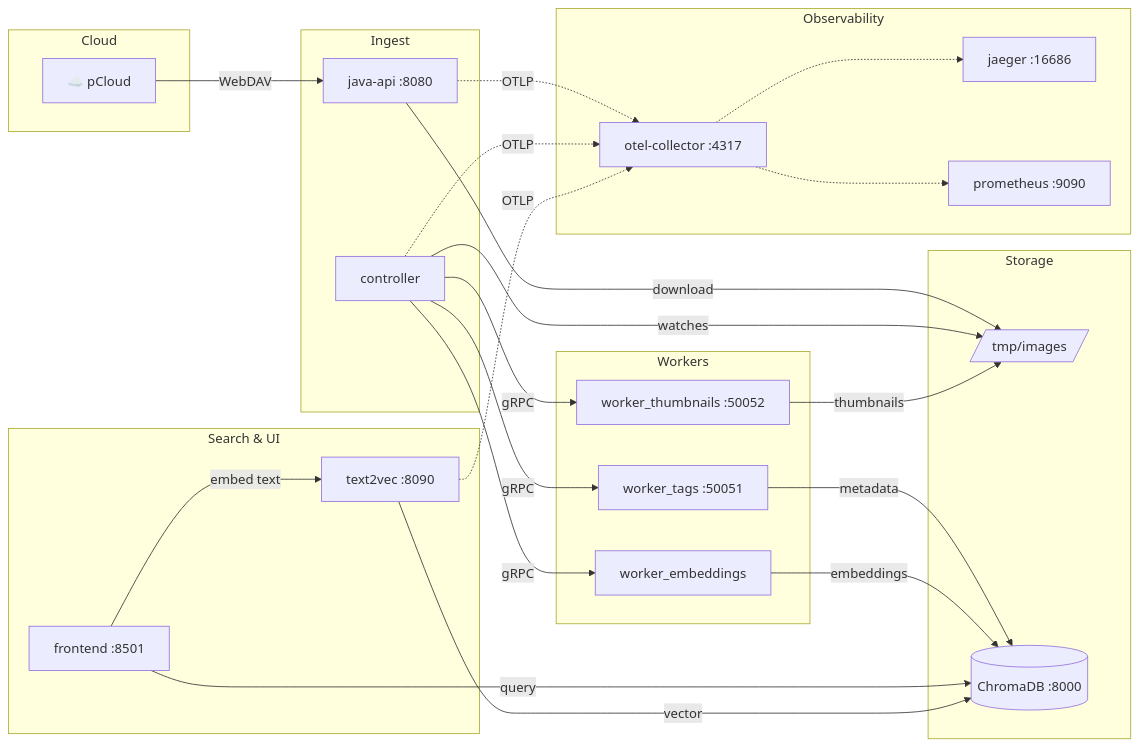
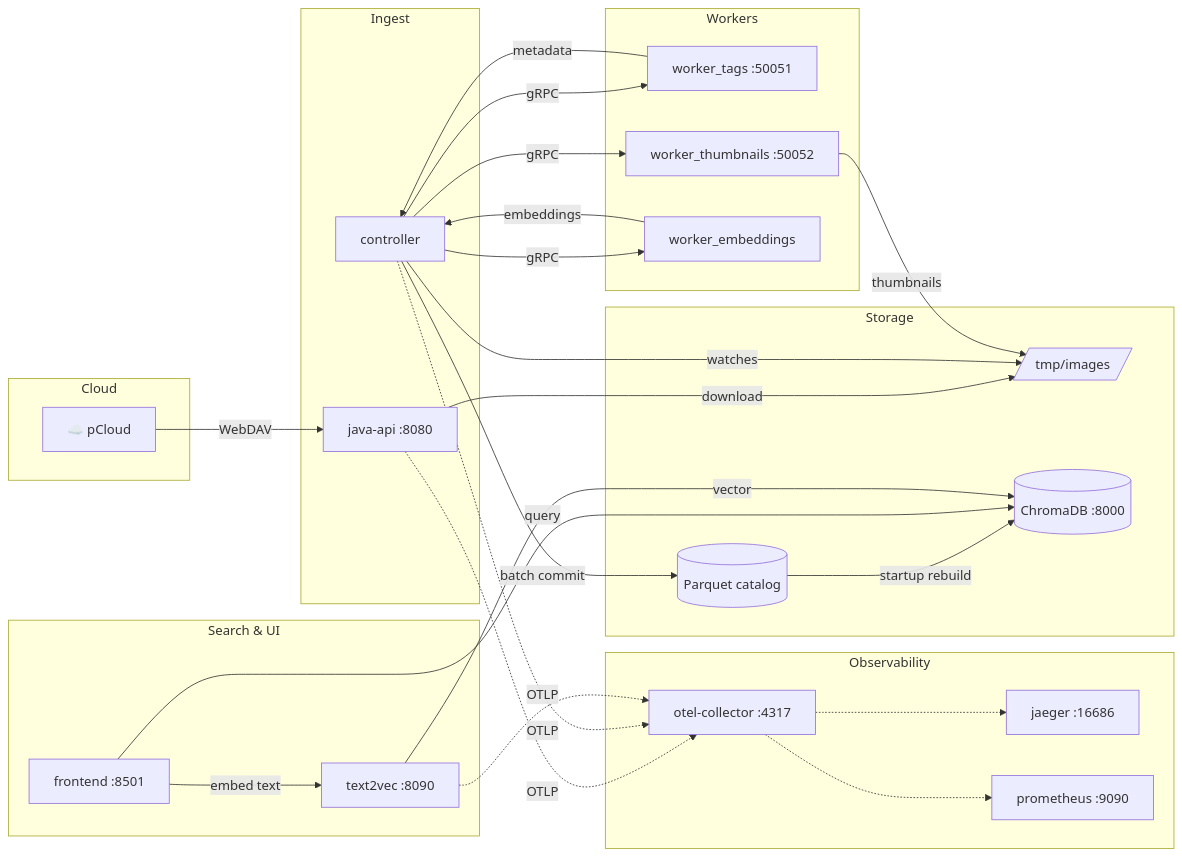
The diagram in README.md (michaelmink/pixplore), drawn with Mermaid before and after one commit. The commit also changed other lines of this file and 7 other files, not shown here.

Commit message:
Update architecture and deployment documentation

````diff
--- a/README.md
+++ b/README.md
@@ -39,47 +39,50 @@
 ```mermaid
 graph LR
     subgraph Cloud
         PC[☁️ pCloud]
     end
 
     subgraph Ingest
         API[java-api :8080]
         CTRL[controller]
     end
 
     subgraph Workers
         WT[worker_tags :50051]
         WTH[worker_thumbnails :50052]
         WE[worker_embeddings]
     end
 
     subgraph Storage
-        FS[/tmp/images/]
-        DB[(ChromaDB :8000)]
+      FS[/tmp/images/]
+      CAT[(Parquet catalog)]
+      DB[(ChromaDB :8000)]
     end
 
     subgraph Search & UI
         FE[frontend :8501]
         T2V[text2vec :8090]
     end
 
     subgraph Observability
         OTEL[otel-collector :4317]
         JAE[jaeger :16686]
         PROM[prometheus :9090]
     end
 
     PC -->|WebDAV| API
     API -->|download| FS
     CTRL -->|watches| FS
     CTRL -->|gRPC| WT & WTH & WE
-    WT -->|metadata| DB
-    WE -->|embeddings| DB
+    WT -->|metadata| CTRL
+    WE -->|embeddings| CTRL
     WTH -->|thumbnails| FS
+    CTRL -->|batch commit| CAT
+    CAT -->|startup rebuild| DB
     FE -->|query| DB
     FE -->|embed text| T2V
     T2V -->|vector| DB
 
     API & CTRL & T2V -.->|OTLP| OTEL
     OTEL -.-> JAE & PROM
 ```
````
